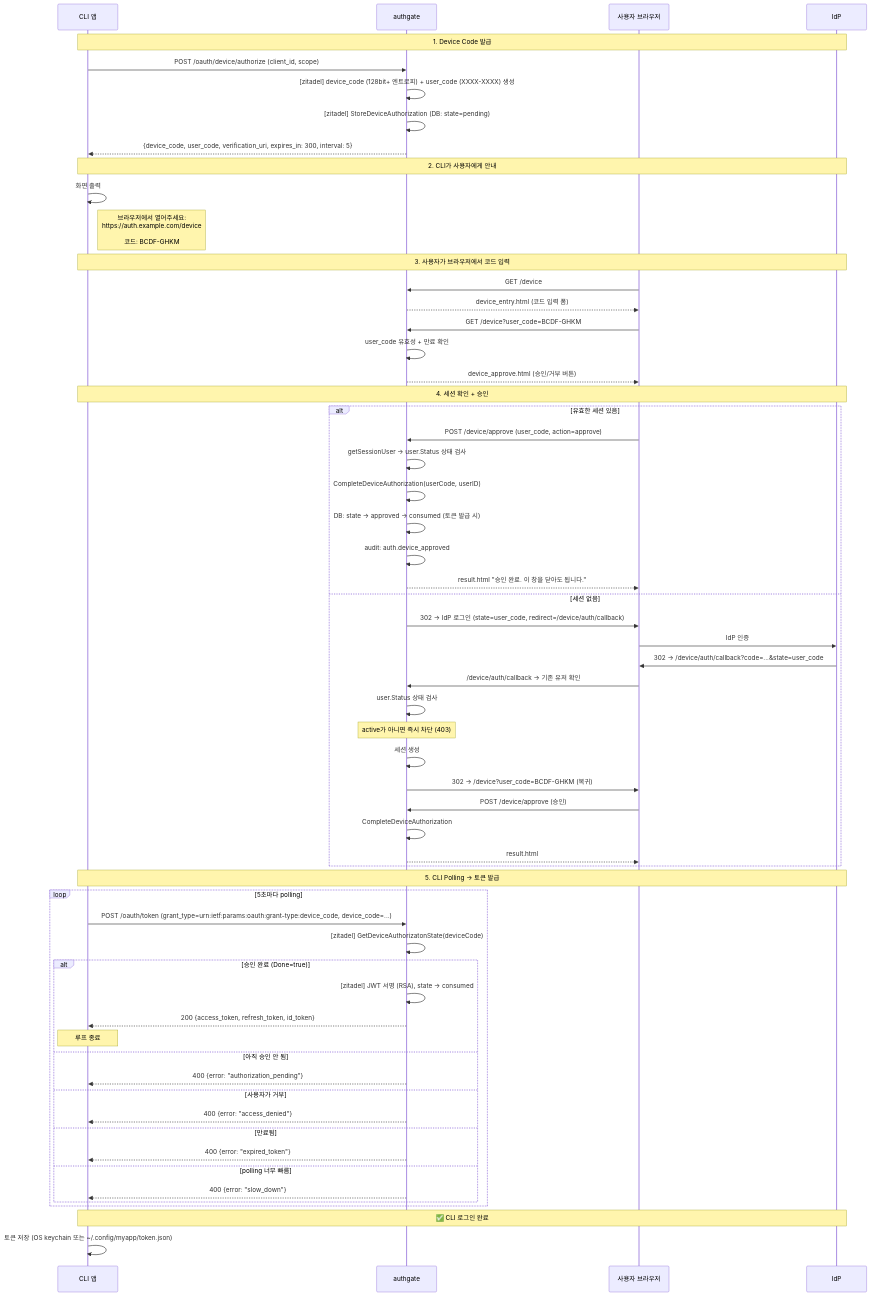
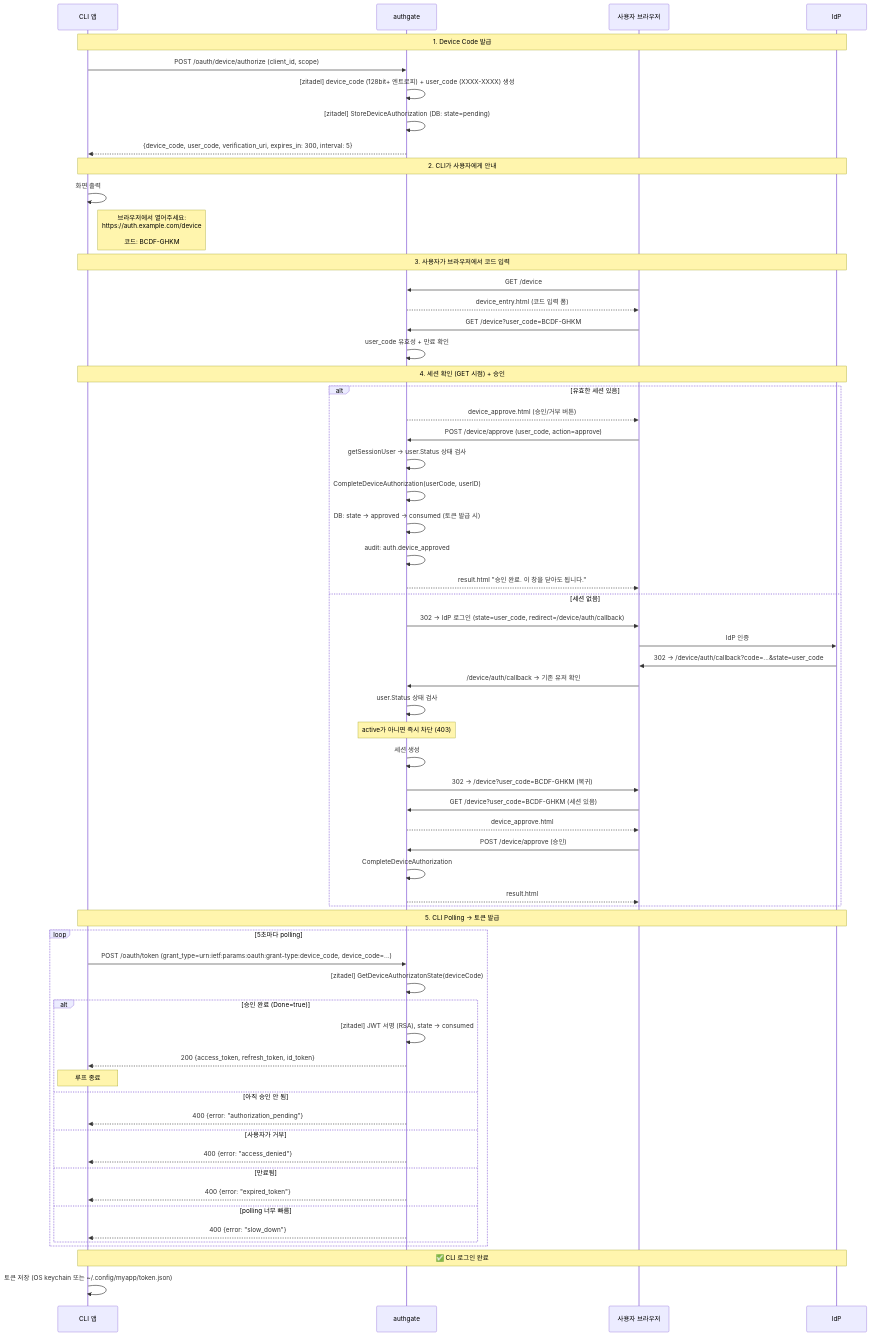
One commit to cagojeiger/authgate changed the first of 2 diagrams in docs/spec/003-device-login.md. Above: the diagram before and after it, drawn with Mermaid. The commit also changed 2 other files, not shown here.

Commit message:
docs: sync operations, device sequence, and tests index
- 009-operations.md: OIDC_ISSUER_URL/CLIENT_ID were marked required with
  no default; corrected to optional with defaults (http://localhost:8082,
  authgate); add missing OIDC_INTERNAL_URL row; fix SESSION_SECRET
  production guard description (empty or <32 chars, not "기본값")
- 003-device-login.md: session check occurs at GET /device?user_code, not
  POST /device/approve; restructured mermaid sequence to reflect actual
  handler flow (DeviceRedirectIdP returned from HandleDevicePage)
- docs/tests/README.md: add 005-upstream-provider.md to index

Constraint: docs must match code, not intent — code is source of truth
Confidence: high
Scope-risk: narrow

````diff
--- a/docs/spec/003-device-login.md
+++ b/docs/spec/003-device-login.md
@@ -38,68 +38,70 @@
 ```mermaid
 sequenceDiagram
     participant CLI as CLI 앱
     participant AG as authgate
     participant U as 사용자 브라우저
     participant IdP as IdP
 
     Note over CLI,IdP: 1. Device Code 발급
     CLI->>AG: POST /oauth/device/authorize (client_id, scope)
     AG->>AG: [zitadel] device_code (128bit+ 엔트로피) + user_code (XXXX-XXXX) 생성
     AG->>AG: [zitadel] StoreDeviceAuthorization (DB: state=pending)
     AG-->>CLI: {device_code, user_code, verification_uri, expires_in: 300, interval: 5}
 
     Note over CLI,IdP: 2. CLI가 사용자에게 안내
     CLI->>CLI: 화면 출력
     Note right of CLI: 브라우저에서 열어주세요:<br/>https://auth.example.com/device<br/><br/>코드: BCDF-GHKM
 
     Note over CLI,IdP: 3. 사용자가 브라우저에서 코드 입력
     U->>AG: GET /device
     AG-->>U: device_entry.html (코드 입력 폼)
     U->>AG: GET /device?user_code=BCDF-GHKM
     AG->>AG: user_code 유효성 + 만료 확인
-    AG-->>U: device_approve.html (승인/거부 버튼)
 
-    Note over CLI,IdP: 4. 세션 확인 + 승인
+    Note over CLI,IdP: 4. 세션 확인 (GET 시점) + 승인
     alt 유효한 세션 있음
+        AG-->>U: device_approve.html (승인/거부 버튼)
         U->>AG: POST /device/approve (user_code, action=approve)
         AG->>AG: getSessionUser → user.Status 상태 검사
         AG->>AG: CompleteDeviceAuthorization(userCode, userID)
         AG->>AG: DB: state → approved → consumed (토큰 발급 시)
         AG->>AG: audit: auth.device_approved
         AG-->>U: result.html "승인 완료. 이 창을 닫아도 됩니다."
     else 세션 없음
         AG->>U: 302 → IdP 로그인 (state=user_code, redirect=/device/auth/callback)
         U->>IdP: IdP 인증
         IdP->>U: 302 → /device/auth/callback?code=...&state=user_code
         U->>AG: /device/auth/callback → 기존 유저 확인
         AG->>AG: user.Status 상태 검사
         Note over AG: active가 아니면 즉시 차단 (403)
         AG->>AG: 세션 생성
         AG->>U: 302 → /device?user_code=BCDF-GHKM (복귀)
+        U->>AG: GET /device?user_code=BCDF-GHKM (세션 있음)
+        AG-->>U: device_approve.html
         U->>AG: POST /device/approve (승인)
         AG->>AG: CompleteDeviceAuthorization
         AG-->>U: result.html
     end
 
     Note over CLI,IdP: 5. CLI Polling → 토큰 발급
     loop 5초마다 polling
         CLI->>AG: POST /oauth/token (grant_type=urn:ietf:params:oauth:grant-type:device_code, device_code=...)
         AG->>AG: [zitadel] GetDeviceAuthorizatonState(deviceCode)
         alt 승인 완료 (Done=true)
             AG->>AG: [zitadel] JWT 서명 (RSA), state → consumed
             AG-->>CLI: 200 {access_token, refresh_token, id_token}
             Note over CLI: 루프 종료
         else 아직 승인 안 됨
             AG-->>CLI: 400 {error: "authorization_pending"}
         else 사용자가 거부
             AG-->>CLI: 400 {error: "access_denied"}
         else 만료됨
             AG-->>CLI: 400 {error: "expired_token"}
         else polling 너무 빠름
             AG-->>CLI: 400 {error: "slow_down"}
         end
     end
 
     Note over CLI,IdP: ✅ CLI 로그인 완료
     CLI->>CLI: 토큰 저장 (OS keychain 또는 ~/.config/myapp/token.json)
 ```
````
